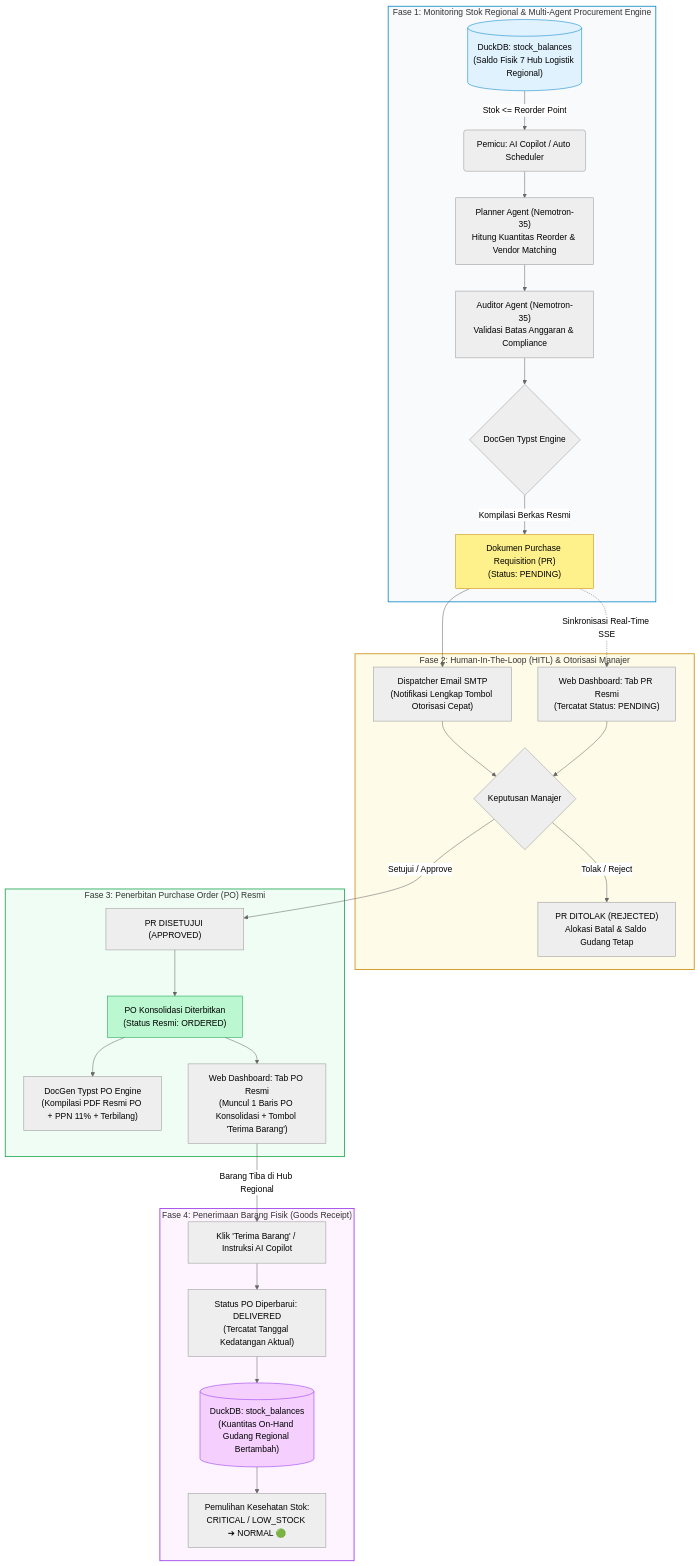
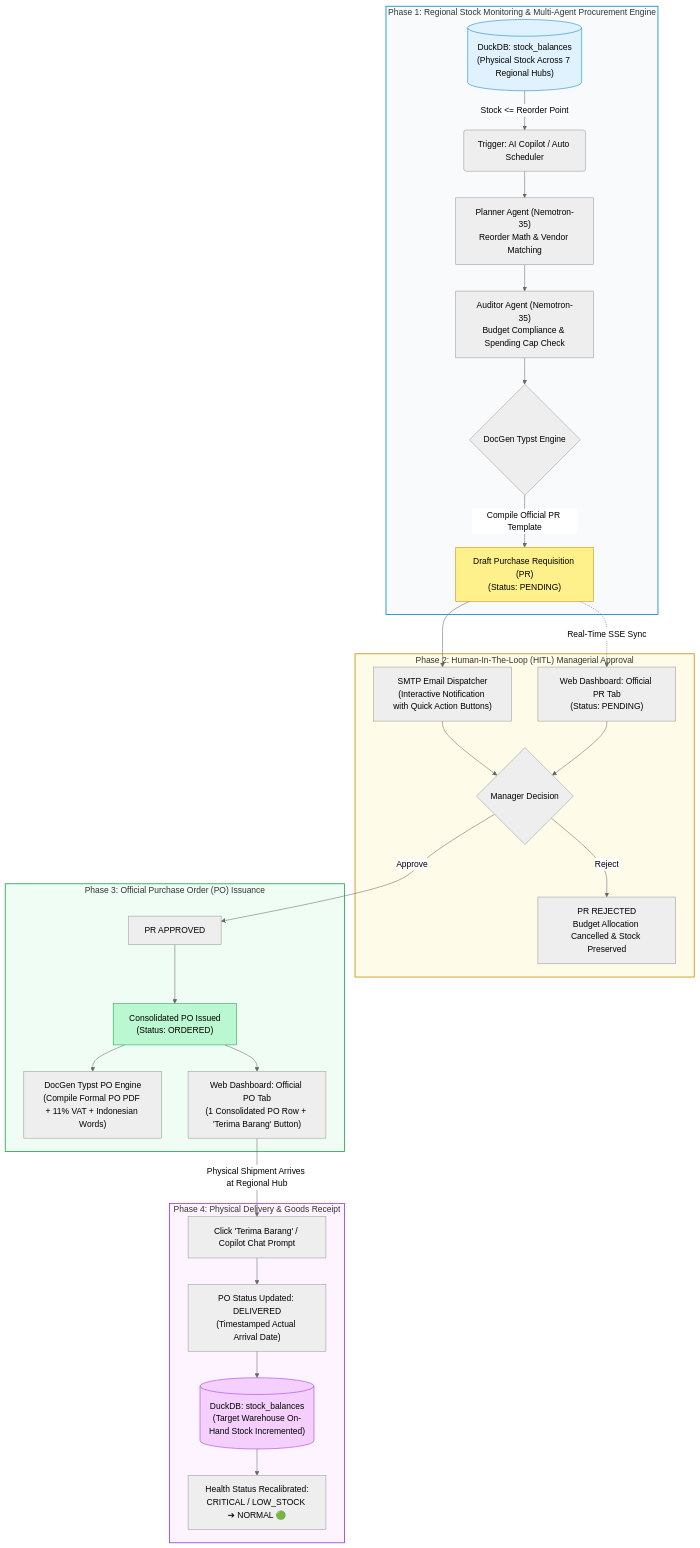
The diagram in README.md (daffaarigoh/AutoRestock-Agent), drawn with Mermaid (neutral theme) before and after one commit. The commit also changed other lines of this file, not shown here.

Commit message:
docs: translate full README and flowchart into English

````diff
--- a/README.md
+++ b/README.md
@@ -28,45 +28,45 @@
 ```mermaid
 flowchart TD
-    %% FASE 1: MONITORING & MULTI-AGENT ORCHESTRATION
-    subgraph Phase1 ["Fase 1: Monitoring Stok Regional & Multi-Agent Procurement Engine"]
-        A[("DuckDB: stock_balances<br/>(Saldo Fisik 7 Hub Logistik Regional)")] -->|Stok <= Reorder Point| B("Pemicu: AI Copilot / Auto Scheduler")
-        B --> C["Planner Agent (Nemotron-35)<br/>Hitung Kuantitas Reorder & Vendor Matching"]
-        C --> D["Auditor Agent (Nemotron-35)<br/>Validasi Batas Anggaran & Compliance"]
+    %% PHASE 1: MONITORING & MULTI-AGENT ORCHESTRATION
+    subgraph Phase1 ["Phase 1: Regional Stock Monitoring & Multi-Agent Procurement Engine"]
+        A[("DuckDB: stock_balances<br/>(Physical Stock Across 7 Regional Hubs)")] -->|Stock <= Reorder Point| B("Trigger: AI Copilot / Auto Scheduler")
+        B --> C["Planner Agent (Nemotron-35)<br/>Reorder Math & Vendor Matching"]
+        C --> D["Auditor Agent (Nemotron-35)<br/>Budget Compliance & Spending Cap Check"]
         D --> E{"DocGen Typst Engine"}
-        E -->|Kompilasi Berkas Resmi| F["Dokumen Purchase Requisition (PR)<br/>(Status: PENDING)"]
+        E -->|Compile Official PR Template| F["Draft Purchase Requisition (PR)<br/>(Status: PENDING)"]
     end
 
-    %% FASE 2: HUMAN-IN-THE-LOOP APPROVAL
-    subgraph Phase2 ["Fase 2: Human-In-The-Loop (HITL) & Otorisasi Manajer"]
-        F --> G["Dispatcher Email SMTP<br/>(Notifikasi Lengkap Tombol Otorisasi Cepat)"]
-        F -.->|Sinkronisasi Real-Time SSE| H["Web Dashboard: Tab PR Resmi<br/>(Tercatat Status: PENDING)"]
-        G & H --> I{"Keputusan Manajer"}
-        I -->|Tolak / Reject| J["PR DITOLAK (REJECTED)<br/>Alokasi Batal & Saldo Gudang Tetap"]
+    %% PHASE 2: HUMAN-IN-THE-LOOP APPROVAL
+    subgraph Phase2 ["Phase 2: Human-In-The-Loop (HITL) Managerial Approval"]
+        F --> G["SMTP Email Dispatcher<br/>(Interactive Notification with Quick Action Buttons)"]
+        F -.->|Real-Time SSE Sync| H["Web Dashboard: Official PR Tab<br/>(Status: PENDING)"]
+        G & H --> I{"Manager Decision"}
+        I -->|Reject| J["PR REJECTED<br/>Budget Allocation Cancelled & Stock Preserved"]
     end
 
-    %% FASE 3: PO ISSUANCE
-    subgraph Phase3 ["Fase 3: Penerbitan Purchase Order (PO) Resmi"]
-        I -->|Setujui / Approve| K["PR DISETUJUI (APPROVED)"]
-        K --> L["PO Konsolidasi Diterbitkan<br/>(Status Resmi: ORDERED)"]
-        L --> M["DocGen Typst PO Engine<br/>(Kompilasi PDF Resmi PO + PPN 11% + Terbilang)"]
-        L --> N["Web Dashboard: Tab PO Resmi<br/>(Muncul 1 Baris PO Konsolidasi + Tombol 'Terima Barang')"]
+    %% PHASE 3: PO ISSUANCE
+    subgraph Phase3 ["Phase 3: Official Purchase Order (PO) Issuance"]
+        I -->|Approve| K["PR APPROVED"]
+        K --> L["Consolidated PO Issued<br/>(Status: ORDERED)"]
+        L --> M["DocGen Typst PO Engine<br/>(Compile Formal PO PDF + 11% VAT + Indonesian Words)"]
+        L --> N["Web Dashboard: Official PO Tab<br/>(1 Consolidated PO Row + 'Terima Barang' Button)"]
     end
 
-    %% FASE 4: GOODS RECEIPT & PHYSICAL REPLENISHMENT
-    subgraph Phase4 ["Fase 4: Penerimaan Barang Fisik (Goods Receipt)"]
-        N -->|Barang Tiba di Hub Regional| O["Klik 'Terima Barang' / Instruksi AI Copilot"]
-        O --> P["Status PO Diperbarui: DELIVERED<br/>(Tercatat Tanggal Kedatangan Aktual)"]
-        P --> Q[("DuckDB: stock_balances<br/>(Kuantitas On-Hand Gudang Regional Bertambah)")]
-        Q --> R["Pemulihan Kesehatan Stok:<br/>CRITICAL / LOW_STOCK ➔ NORMAL 🟢"]
+    %% PHASE 4: GOODS RECEIPT & PHYSICAL REPLENISHMENT
+    subgraph Phase4 ["Phase 4: Physical Delivery & Goods Receipt"]
+        N -->|Physical Shipment Arrives at Regional Hub| O["Click 'Terima Barang' / Copilot Chat Prompt"]
+        O --> P["PO Status Updated: DELIVERED<br/>(Timestamped Actual Arrival Date)"]
+        P --> Q[("DuckDB: stock_balances<br/>(Target Warehouse On-Hand Stock Incremented)")]
+        Q --> R["Health Status Recalibrated:<br/>CRITICAL / LOW_STOCK ➔ NORMAL 🟢"]
     end
 
     %% STYLING
     style Phase1 fill:#f8fafc,stroke:#0284c7,stroke-width:1.5px
     style Phase2 fill:#fefce8,stroke:#ca8a04,stroke-width:1.5px
     style Phase3 fill:#f0fdf4,stroke:#16a34a,stroke-width:1.5px
     style Phase4 fill:#fdf4ff,stroke:#9333ea,stroke-width:1.5px
     style A fill:#e0f2fe,stroke:#0284c7
     style F fill:#fef08a,stroke:#ca8a04
     style L fill:#bbf7d0,stroke:#16a34a
     style Q fill:#f5d0fe,stroke:#9333ea
 ```
````
